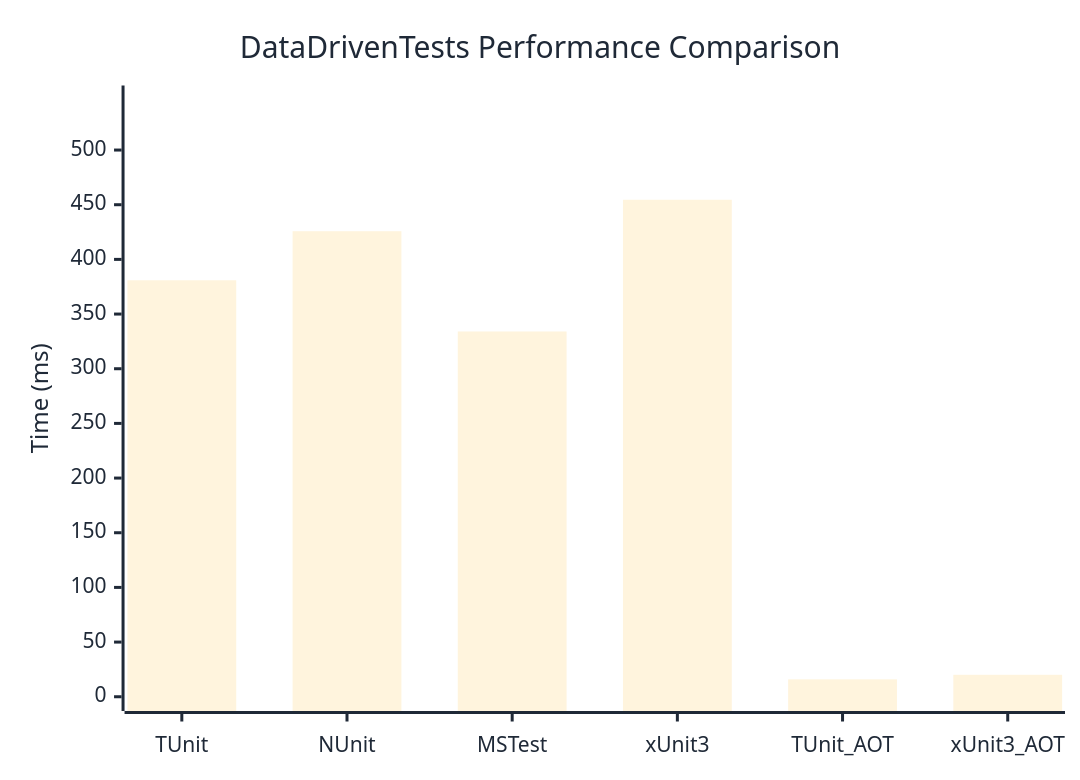
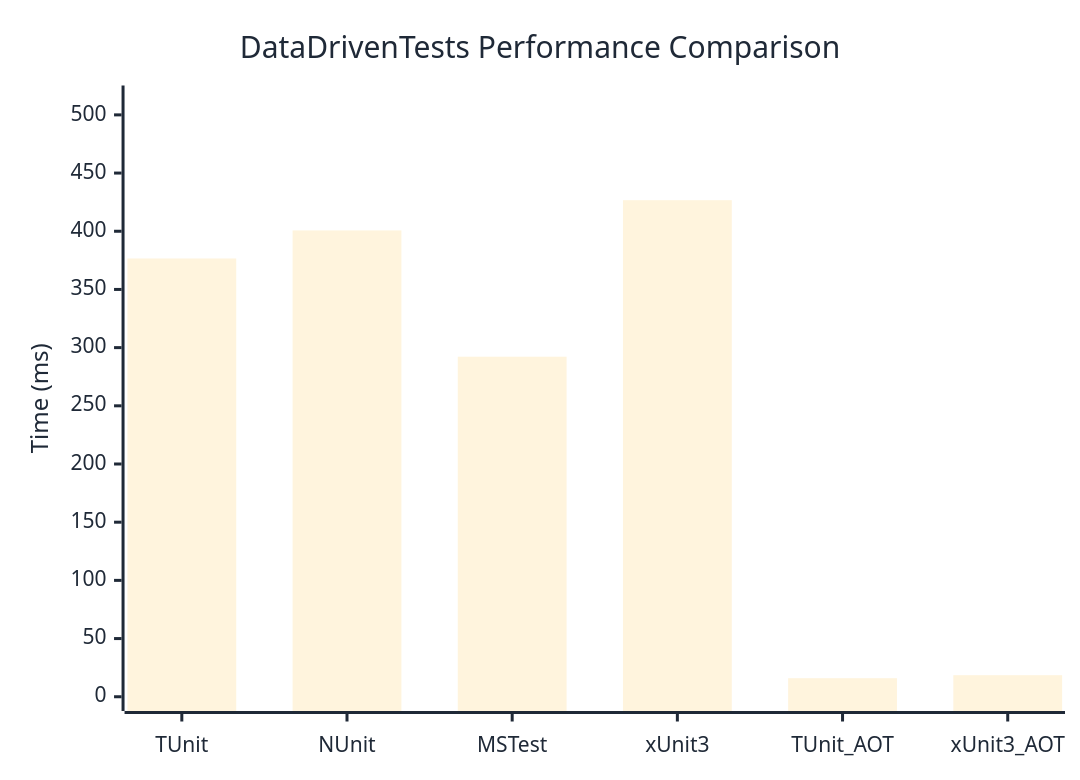
The diagram in docs/docs/benchmarks/engine/DataDrivenTests.md (thomhurst/TUnit), drawn with Mermaid before and after one commit. The commit also changed other lines of this file and 18 other files, not shown here.

````diff
--- a/docs/docs/benchmarks/engine/DataDrivenTests.md
+++ b/docs/docs/benchmarks/engine/DataDrivenTests.md
@@ -30,37 +30,37 @@
 ```mermaid
 %%{init: {
   'theme':'base',
   'themeVariables': {
     'primaryColor': '#2563eb',
     'primaryTextColor': '#1f2937',
     'primaryBorderColor': '#1e40af',
     'lineColor': '#6b7280',
     'secondaryColor': '#7c3aed',
     'tertiaryColor': '#dc2626',
     'background': '#ffffff',
     'mainBkg': '#2563eb',
     'secondBkg': '#7c3aed',
     'tertiaryBkg': '#dc2626',
     'clusterBkg': '#f3f4f6',
     'edgeLabelBackground': '#ffffff',
     'tertiaryTextColor': '#1f2937',
     'pie1': '#2563eb',
     'pie2': '#7c3aed',
     'pie3': '#dc2626',
     'pie4': '#f59e0b',
     'pie5': '#10b981',
     'pie6': '#06b6d4',
     'pie7': '#ec4899',
     'pie8': '#6366f1',
     'pie9': '#84cc16',
     'pie10': '#f97316',
     'pie11': '#14b8a6',
     'pie12': '#a855f7'
   }
 }}%%
 xychart-beta
   title "DataDrivenTests Performance Comparison"
   x-axis ["TUnit", "NUnit", "MSTest", "xUnit3", "TUnit_AOT", "xUnit3_AOT"]
-  y-axis "Time (ms)" 0 --> 546
-  bar [380.89, 425.77, 334.07, 454.53, 15.92, 20.09]
+  y-axis "Time (ms)" 0 --> 513
+  bar [376.6, 400.71, 292.19, 426.69, 15.96, 18.54]
 ```
````
